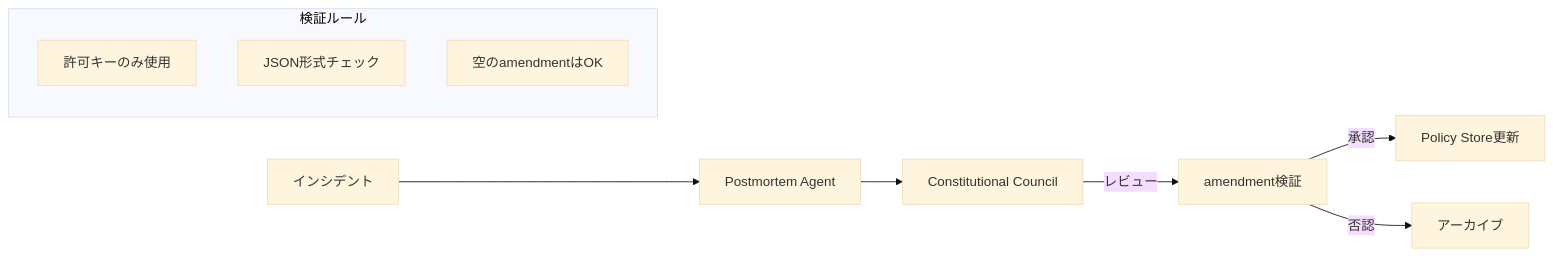
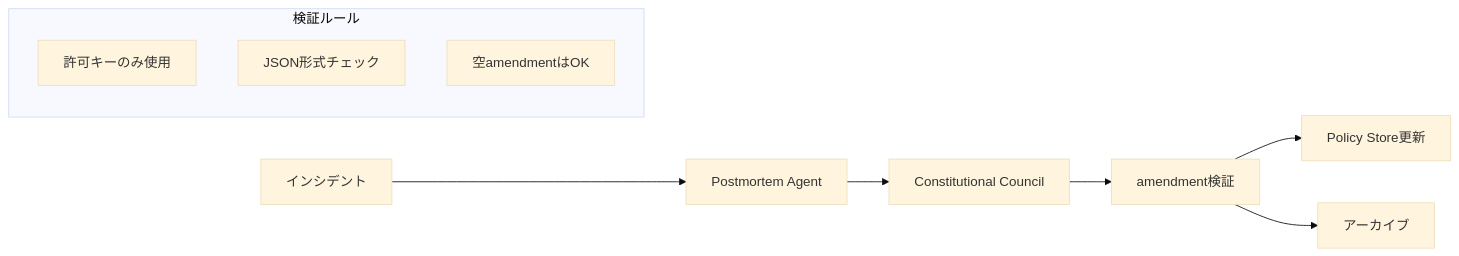
Before and after one commit to fukukei23/zenn: the fifth of 5 diagrams in articles/nexuscore-multi-agent-architecture.md, drawn with Mermaid (base theme). The commit also changed other lines of this file, not shown here.

Commit message:
fix: mermaid rendering - remove & chains over 10, quoted subgraph names, pipe labels, special chars

````diff
--- a/articles/nexuscore-multi-agent-architecture.md
+++ b/articles/nexuscore-multi-agent-architecture.md
@@ -369,14 +386,14 @@
 ```mermaid
 graph LR
     Incident["インシデント"] --> Postmortem["Postmortem Agent"]
     Postmortem --> Council["Constitutional Council"]
-    Council --> |"レビュー"| Validate["amendment検証"]
-    Validate --> |"承認"| Policy["Policy Store更新"]
-    Validate --> |"否認"| Archive["アーカイブ"]
+    Council --> Validate["amendment検証"]
+    Validate --> Policy["Policy Store更新"]
+    Validate --> Archive["アーカイブ"]
 
-    subgraph "検証ルール"
+    subgraph Rules[検証ルール]
         K1["許可キーのみ使用"]
         K2["JSON形式チェック"]
-        K3["空のamendmentはOK"]
+        K3["空amendmentはOK"]
     end
 ```
````
